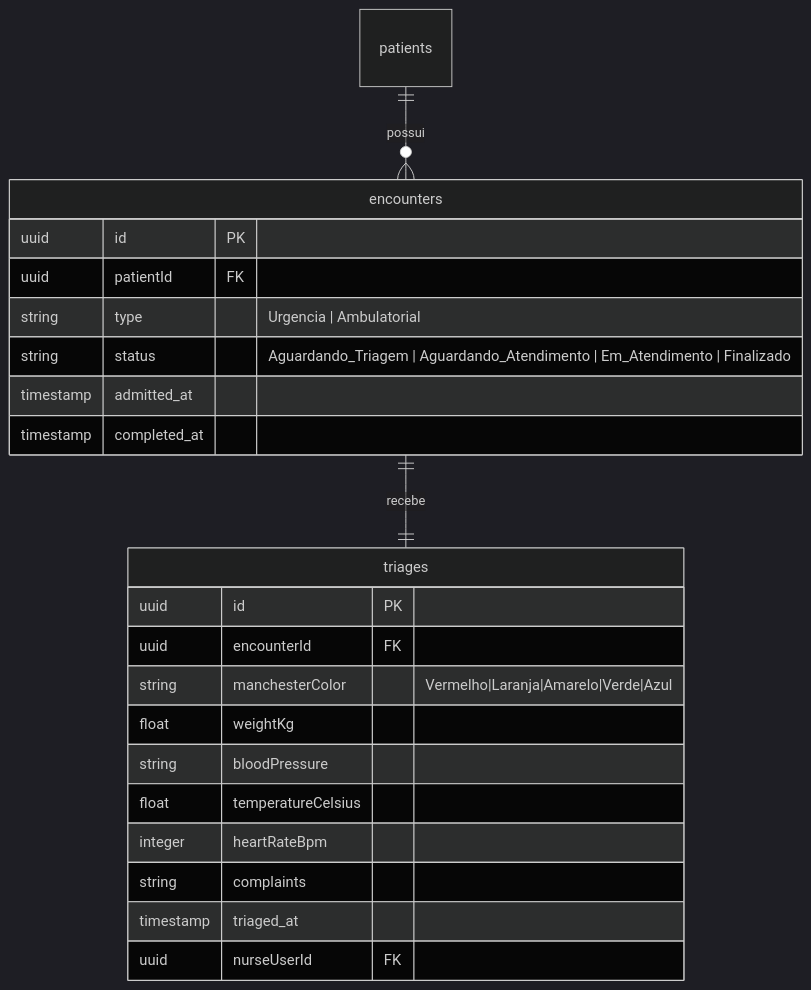
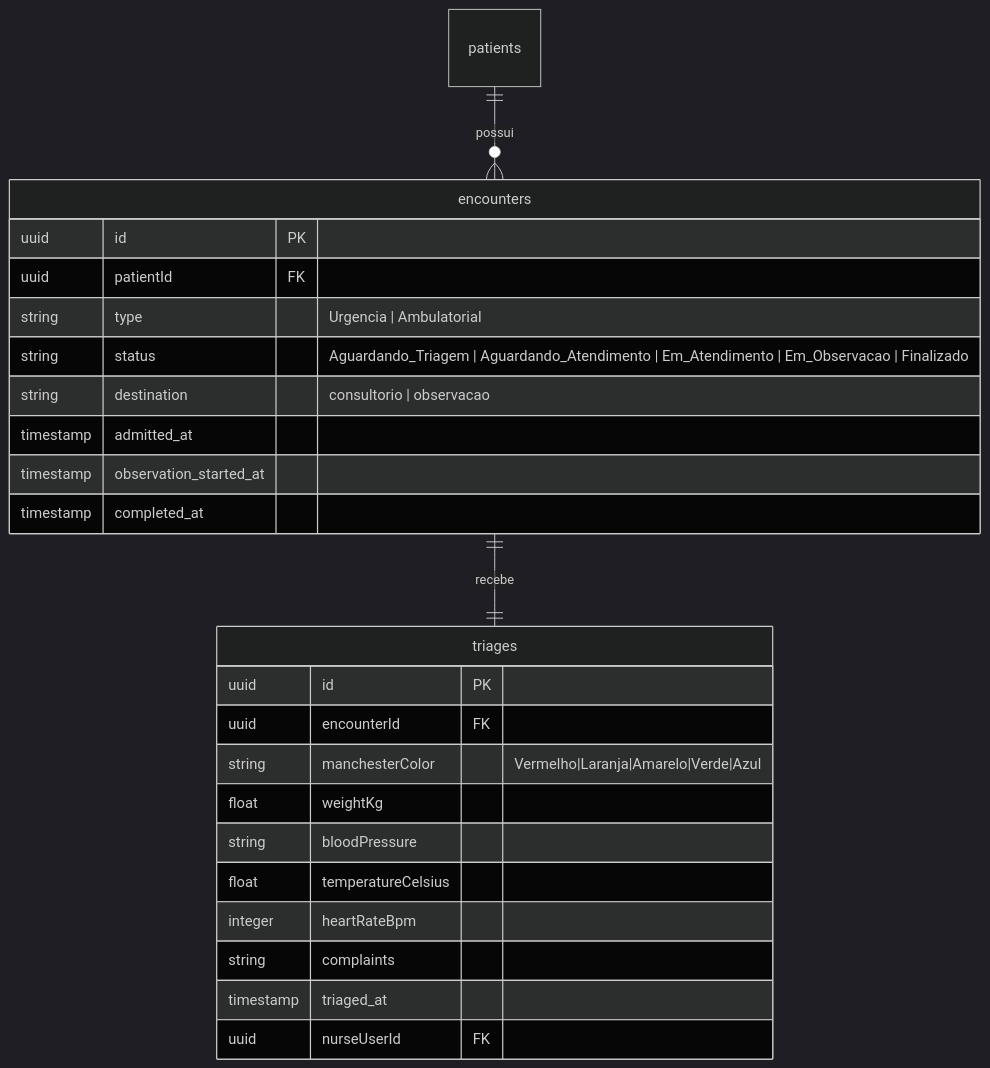
The second of 2 diagrams in docs/03-Requisitos/02-atendimento.md (Mazzarowysk/Health-Nexus), drawn with Mermaid (dark theme) before and after one commit. The commit also changed other lines of this file and 33 other files, not shown here.

Commit message:
feat(observacao): adiciona aba de Observação do Pronto-Socorro (CFM 2079/14), 4a coluna no Kanban, triagem com desfecho duplo e atualiza todos os manuais e PDFs v2.9.0

````diff
--- a/docs/03-Requisitos/02-atendimento.md
+++ b/docs/03-Requisitos/02-atendimento.md
@@ -43,25 +59,27 @@
 ```mermaid
 erDiagram
     patients ||--o{ encounters : "possui"
     encounters {
         uuid id PK
         uuid patientId FK
         string type "Urgencia | Ambulatorial"
-        string status "Aguardando_Triagem | Aguardando_Atendimento | Em_Atendimento | Finalizado"
+        string status "Aguardando_Triagem | Aguardando_Atendimento | Em_Atendimento | Em_Observacao | Finalizado"
+        string destination "consultorio | observacao"
         timestamp admitted_at
+        timestamp observation_started_at
         timestamp completed_at
     }
     encounters ||--|| triages : "recebe"
     triages {
         uuid id PK
         uuid encounterId FK
         string manchesterColor "Vermelho|Laranja|Amarelo|Verde|Azul"
         float weightKg
         string bloodPressure
         float temperatureCelsius
         integer heartRateBpm
         string complaints
         timestamp triaged_at
         uuid nurseUserId FK
     }
 ```
````
